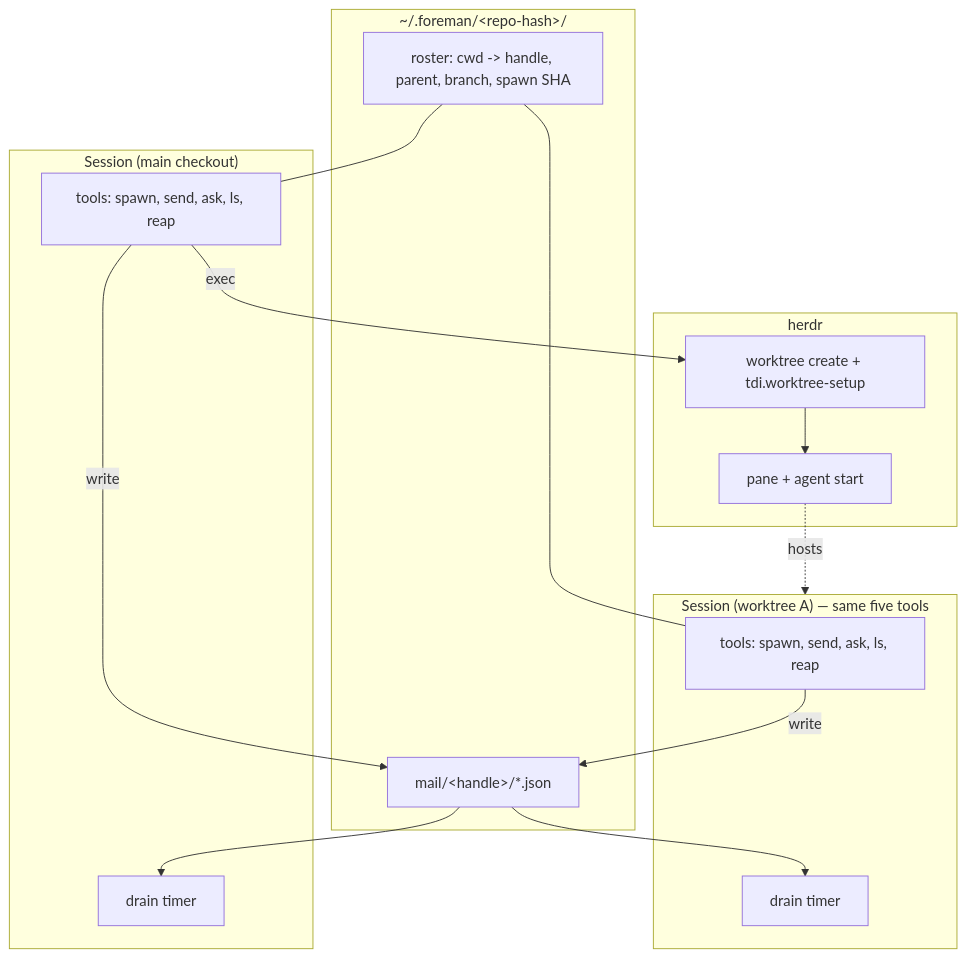
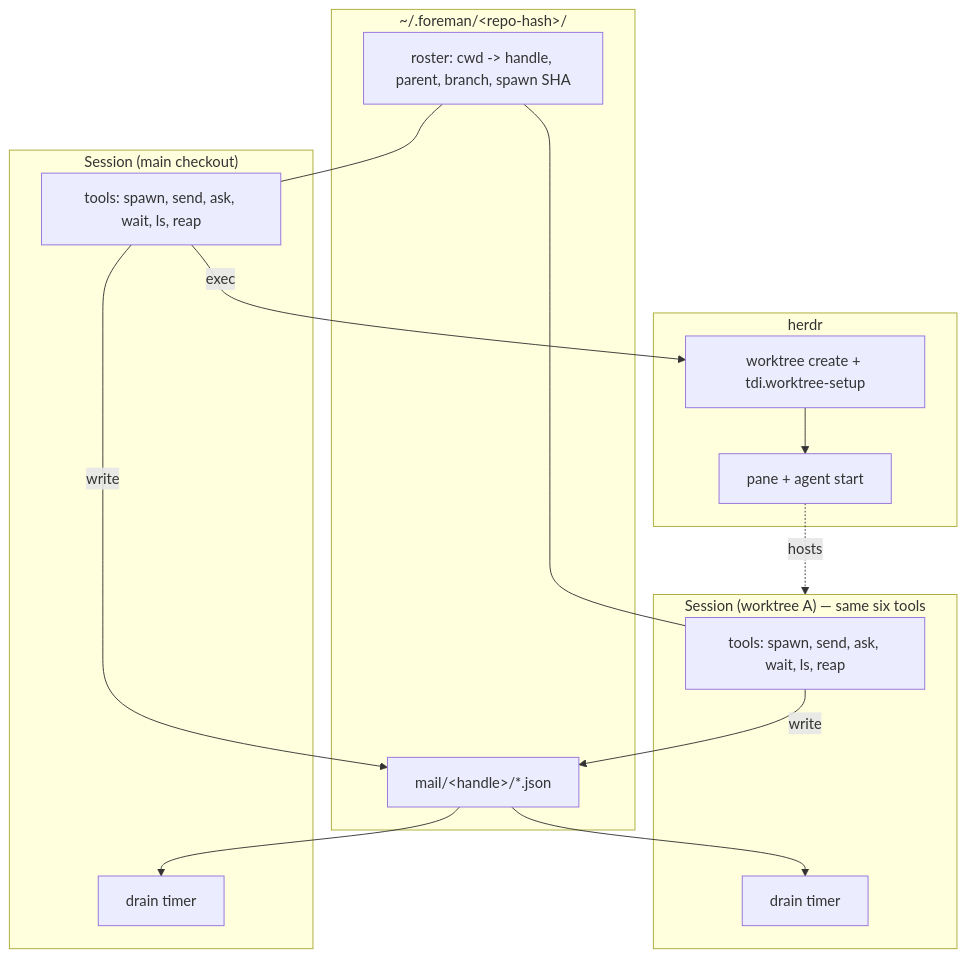
One commit to andyhite/foreman changed the diagram in docs/ARCHITECTURE.md. Above: the diagram before and after it, drawn with Mermaid. The commit also changed other lines of this file and 7 other files, not shown here.

````diff
--- a/docs/ARCHITECTURE.md
+++ b/docs/ARCHITECTURE.md
@@ -63,28 +63,28 @@
 ```mermaid
 graph TB
   subgraph a["Session (main checkout)"]
-    AT["tools: spawn, send, ask, ls, reap"]
+    AT["tools: spawn, send, ask, wait, ls, reap"]
     AD["drain timer"]
   end
   subgraph bus["~/.foreman/&lt;repo-hash&gt;/"]
     M["mail/&lt;handle&gt;/*.json"]
     R["roster: cwd -&gt; handle, parent, branch, spawn SHA"]
   end
-  subgraph b["Session (worktree A) — same five tools"]
-    CT["tools: spawn, send, ask, ls, reap"]
+  subgraph b["Session (worktree A) — same six tools"]
+    CT["tools: spawn, send, ask, wait, ls, reap"]
     CD["drain timer"]
   end
   subgraph herdr["herdr"]
     HW["worktree create + tdi.worktree-setup"]
     HP["pane + agent start"]
   end
   AT -->|write| M
   CT -->|write| M
   M --> AD
   M --> CD
   R --- AT
   R --- CT
   AT -->|exec| HW
   HW --> HP
   HP -.hosts.-> b
 ```
````
